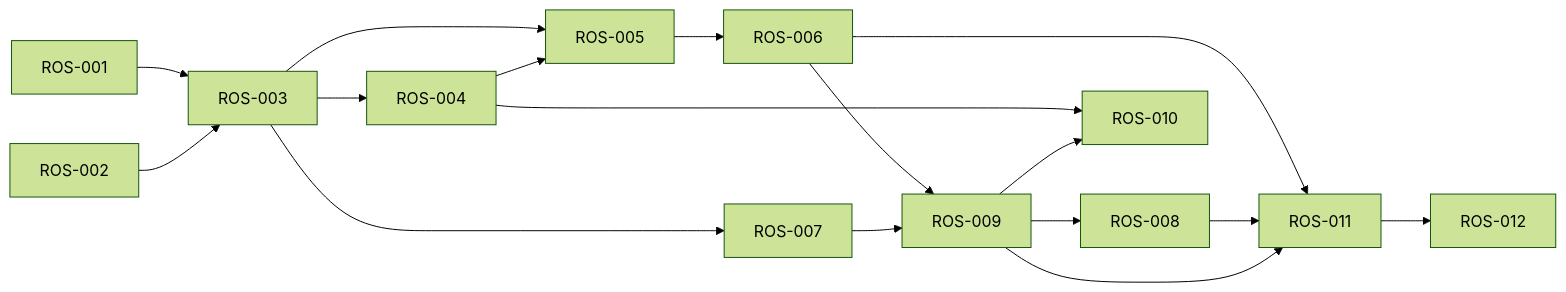
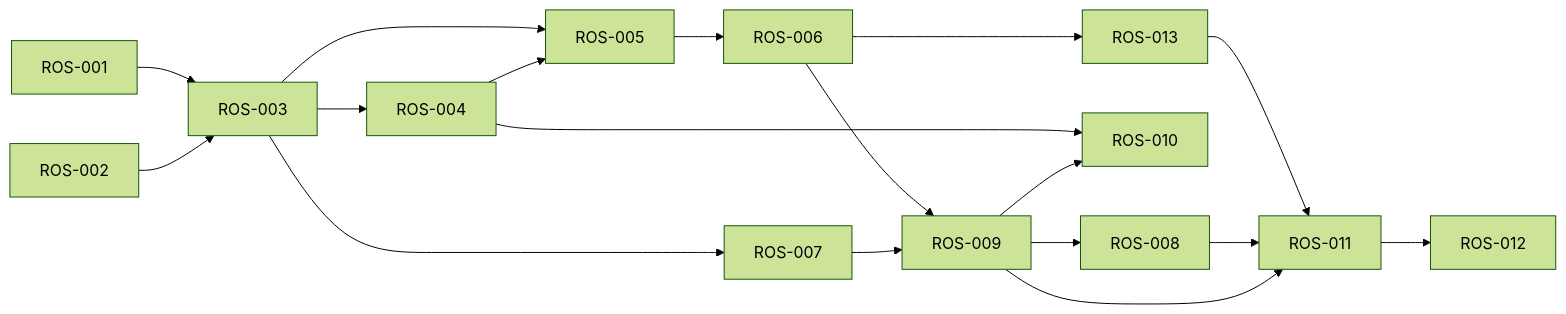
Before and after one commit to amanmishra2/RepoOS: the diagram in docs/implementation/VALIDATED_ISSUE_BACKLOG.md, drawn with Mermaid (forest theme). The commit also changed other lines of this file and 53 other files, not shown here.

````diff
--- a/docs/implementation/VALIDATED_ISSUE_BACKLOG.md
+++ b/docs/implementation/VALIDATED_ISSUE_BACKLOG.md
@@ -8,19 +9,20 @@
 ```mermaid
 flowchart LR
   R1["ROS-001"] --> R3["ROS-003"]
   R2["ROS-002"] --> R3
   R3 --> R4["ROS-004"]
   R3 --> R5["ROS-005"]
   R4 --> R5
   R5 --> R6["ROS-006"]
   R3 --> R7["ROS-007"]
   R6 --> R9["ROS-009"]
   R7 --> R9
   R9 --> R8["ROS-008"]
   R4 --> R10["ROS-010"]
   R9 --> R10
-  R6 --> R11["ROS-011"]
+  R6 --> R13["ROS-013"]
+  R13 --> R11["ROS-011"]
   R8 --> R11
   R9 --> R11
   R11 --> R12["ROS-012"]
 ```
````
